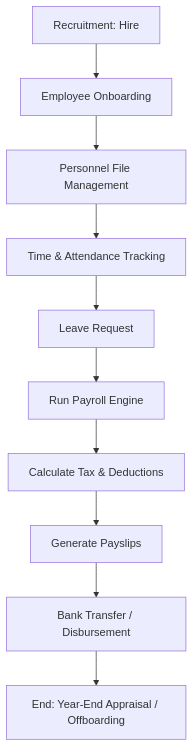
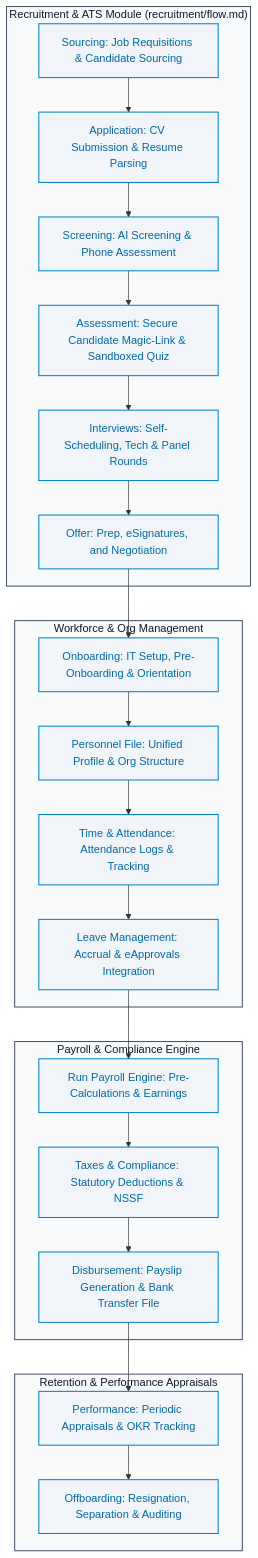
The diagram in skills/hrm/flow.md (Sopheak-HUN/15), drawn with Mermaid before and after one commit. The commit also changed other lines of this file and 5 other files, not shown here.

Commit message:
update hrm process flow

````diff
--- a/skills/hrm/flow.md
+++ b/skills/hrm/flow.md
@@ -3,12 +5,36 @@
 ```mermaid
-graph TD
-    A[Recruitment: Hire] --> B[Employee Onboarding]
-    B --> C[Personnel File Management]
-    C --> D[Time & Attendance Tracking]
-    D --> E[Leave Request]
-    E --> F[Run Payroll Engine]
-    F --> G[Calculate Tax & Deductions]
-    G --> H[Generate Payslips]
-    H --> I[Bank Transfer / Disbursement]
-    I --> J[End: Year-End Appraisal / Offboarding]
+flowchart TD
+    subgraph RecruitmentModule ["Recruitment & ATS Module (recruitment/flow.md)"]
+        A[Sourcing: Job Requisitions & Candidate Sourcing] --> B[Application: CV Submission & Resume Parsing]
+        B --> C[Screening: AI Screening & Phone Assessment]
+        C --> D[Assessment: Secure Candidate Magic-Link & Sandboxed Quiz]
+        D --> E[Interviews: Self-Scheduling, Tech & Panel Rounds]
+        E --> F[Offer: Prep, eSignatures, and Negotiation]
+    end
+
+    subgraph WorkforceModule ["Workforce & Org Management"]
+        F --> G[Onboarding: IT Setup, Pre-Onboarding & Orientation]
+        G --> H[Personnel File: Unified Profile & Org Structure]
+        H --> I[Time & Attendance: Attendance Logs & Tracking]
+        I --> J[Leave Management: Accrual & eApprovals Integration]
+    end
+
+    subgraph PayrollModule ["Payroll & Compliance Engine"]
+        J --> K[Run Payroll Engine: Pre-Calculations & Earnings]
+        K --> L[Taxes & Compliance: Statutory Deductions & NSSF]
+        L --> M[Disbursement: Payslip Generation & Bank Transfer File]
+    end
+
+    subgraph RetentionModule ["Retention & Performance Appraisals"]
+        M --> N[Performance: Periodic Appraisals & OKR Tracking]
+        N --> O[Offboarding: Resignation, Separation & Auditing]
+    end
+
+    %% Style Theme
+    classDef default fill:#fdfdfd,stroke:#94a3b8,stroke-width:1px;
+    classDef stage fill:#f8fafc,stroke:#475569,stroke-width:1.5px,color:#0f172a;
+    classDef process fill:#f1f5f9,stroke:#0284c7,stroke-width:1.5px,color:#0369a1;
+
+    class A,B,C,D,E,F,G,H,I,J,K,L,M,N,O process;
+    class RecruitmentModule,WorkforceModule,PayrollModule,RetentionModule stage;
 ```
````
